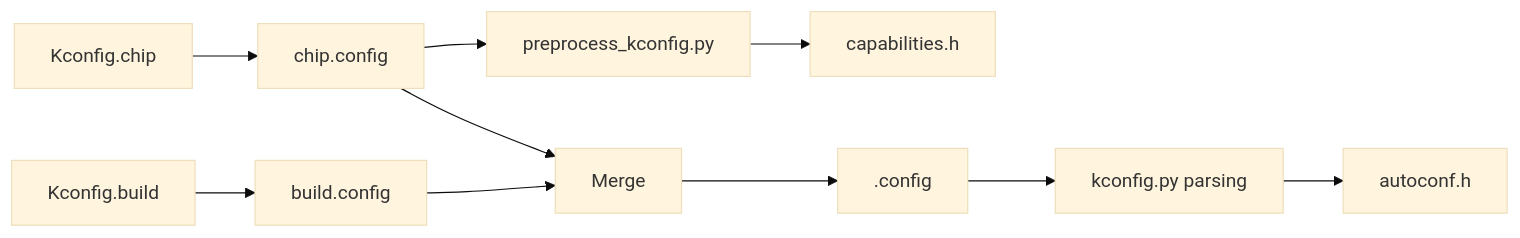
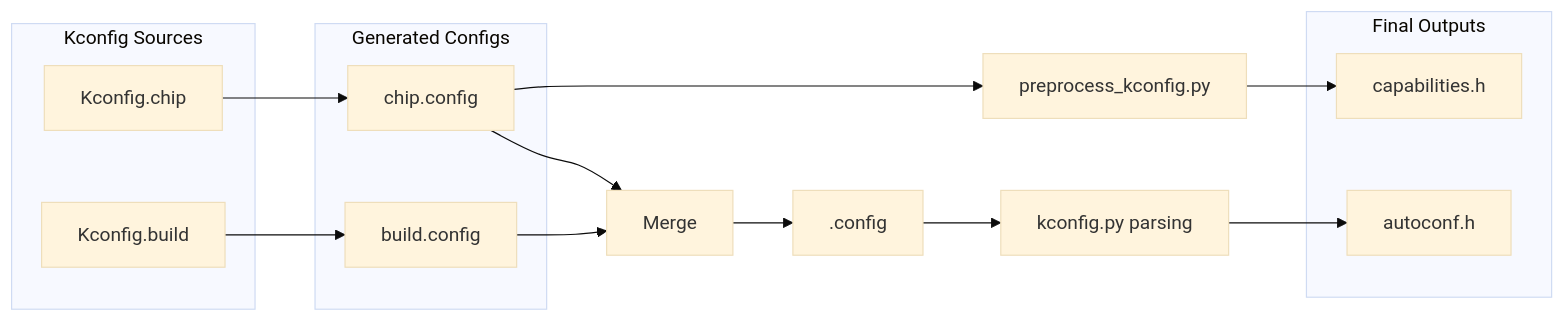
Before and after one commit to telink-semi/unisdk-doc: the second of 2 diagrams in en/build_config/kconfig_system.md, drawn with Mermaid (base theme). The commit also changed other lines of this file and 20 other files, not shown here.

First line of the commit message:
docs(myst): replace ASCII art with Mermaid and add dropdowns

````diff
--- a/en/build_config/kconfig_system.md
+++ b/en/build_config/kconfig_system.md
@@ -42,12 +58,27 @@
-```mermaid
+```{mermaid}
 graph LR
-    A[Kconfig.chip] --> B[chip.config]
+    subgraph Input["Kconfig Sources"]
+        A[Kconfig.chip]
+        A2[Kconfig.build]
+    end
+
+    subgraph Gen["Generated Configs"]
+        B[chip.config]
+        E[build.config]
+    end
+
+    subgraph Output["Final Outputs"]
+        D[capabilities.h]
+        I[autoconf.h]
+    end
+
+    A --> B
+    A2 --> E
     B --> C[preprocess_kconfig.py]
-    C --> D[capabilities.h]
-    A2[Kconfig.build] --> E[build.config]
+    C --> D
     E --> F[Merge]
     B --> F
     F --> G[.config]
     G --> H[kconfig.py parsing]
-    H --> I[autoconf.h]
+    H --> I
 ```
````
